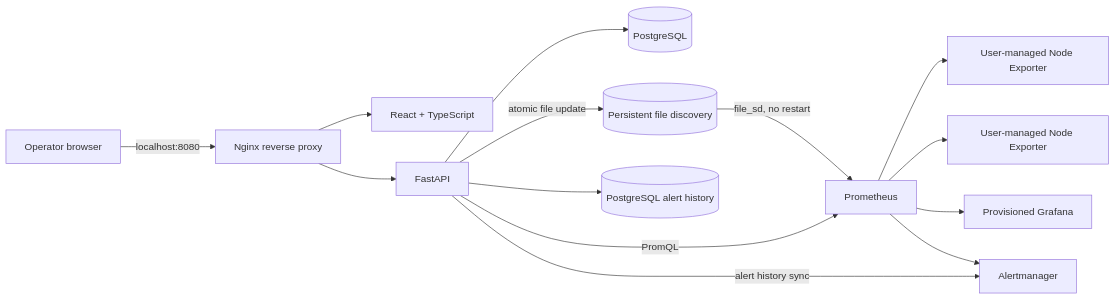
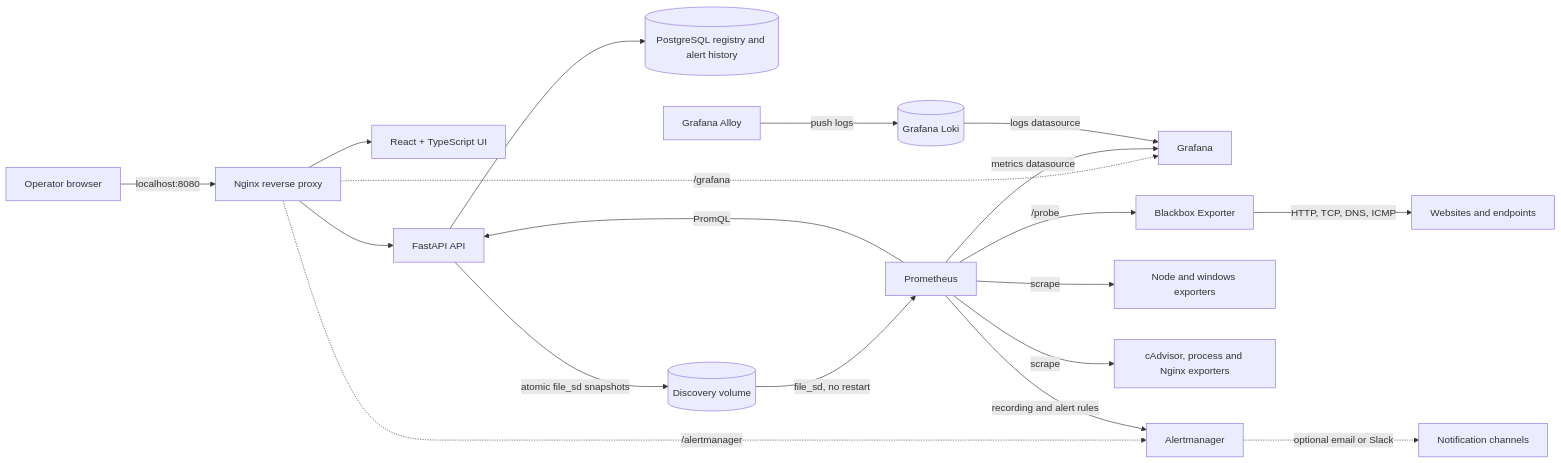
One commit to dhruvs-bankai/Infra-Watch changed the diagram in README.md. Above: the diagram before and after it, drawn with Mermaid. The commit also changed other lines of this file and 1 other file, not shown here.

Commit message:
Refresh the architecture diagram to match the deployed stack
The README still depicted only Node Exporter and the original data flow,
missing the container, endpoint, process, Windows, log and application
metrics components added since.

🤖 Generated with Codebuff

````diff
--- a/README.md
+++ b/README.md
@@ -28,16 +28,24 @@
 ```mermaid
 flowchart LR
     U[Operator browser] -->|localhost:8080| NG[Nginx reverse proxy]
-    NG --> FE[React + TypeScript]
-    NG --> API[FastAPI]
-    API --> DB[(PostgreSQL)]
-    API -->|atomic file update| SD[(Persistent file discovery)]
+    NG --> FE[React + TypeScript UI]
+    NG --> API[FastAPI API]
+    NG -.->|/grafana| GF[Grafana]
+    NG -.->|/alertmanager| AM[Alertmanager]
+
+    API --> DB[(PostgreSQL registry and alert history)]
+    API -->|atomic file_sd snapshots| SD[(Discovery volume)]
     SD -->|file_sd, no restart| P[Prometheus]
-    P --> NE1[User-managed Node Exporter]
-    P --> NE2[User-managed Node Exporter]
-    P --> G[Provisioned Grafana]
-    P --> AM[Alertmanager]
-    API -->|PromQL| P
-    API -->|alert history sync| AM
-    API --> AH[(PostgreSQL alert history)]
+
+    P -->|scrape| HOSTS[Node and windows exporters]
+    P -->|scrape| GUEST[cAdvisor, process and Nginx exporters]
+    P -->|/probe| BB[Blackbox Exporter]
+    BB -->|HTTP, TCP, DNS, ICMP| EXT[Websites and endpoints]
+    P -->|PromQL| API
+    P -->|metrics datasource| GF
+    P -->|recording and alert rules| AM
+
+    AL[Grafana Alloy] -->|push logs| LK[(Grafana Loki)]
+    LK -->|logs datasource| GF
+    AM -.->|optional email or Slack| NC[Notification channels]
 ```
````
